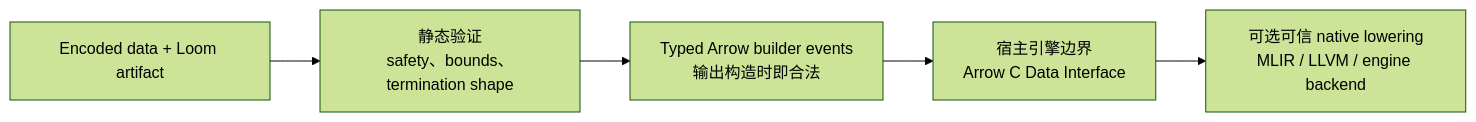
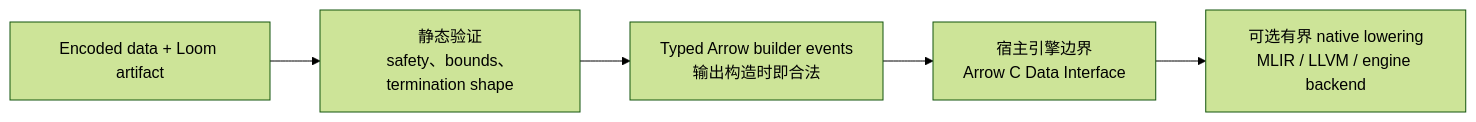
One commit to xunfeng1980/loom changed the second of 2 diagrams in README-zh.md. Above: the diagram before and after it, drawn with Mermaid (forest theme). The commit also changed 3 other files, not shown here.

````diff
--- a/README-zh.md
+++ b/README-zh.md
@@ -172,10 +172,10 @@
 ```mermaid
 flowchart LR
     data["Encoded data + Loom artifact"]
     verify["静态验证<br/>safety、bounds、termination shape"]
     arrow["Typed Arrow builder events<br/>输出构造时即合法"]
     host["宿主引擎边界<br/>Arrow C Data Interface"]
-    native["可选可信 native lowering<br/>MLIR / LLVM / engine backend"]
+    native["可选有界 native lowering<br/>MLIR / LLVM / engine backend"]
 
     data --> verify --> arrow --> host --> native
 ```
````
